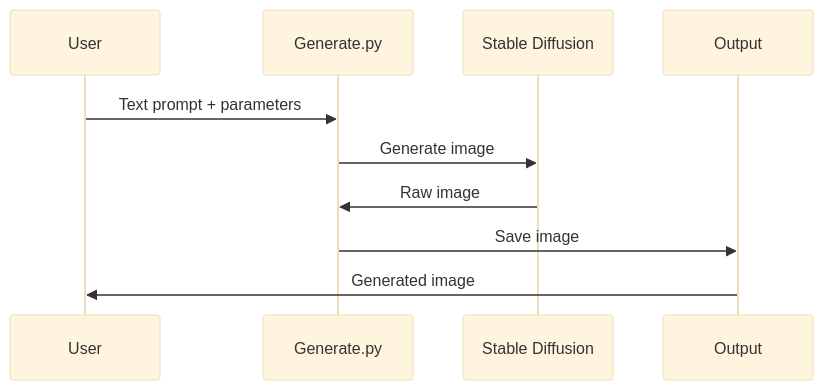
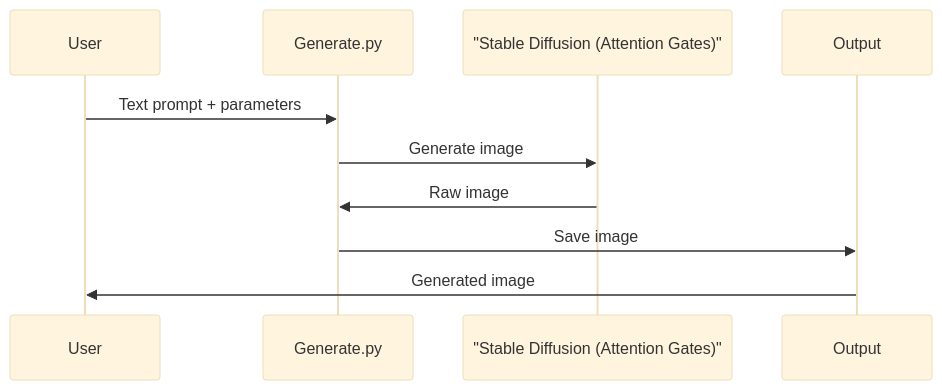
Before and after one commit to harsh-ps-2003/CS787: the fourth of 5 diagrams in README.md, drawn with Mermaid (base theme). The commit also changed other lines of this file and 1 other file, not shown here.

````diff
--- a/README.md
+++ b/README.md
@@ -117,13 +117,13 @@
 ```mermaid
 sequenceDiagram
     participant U as User
     participant G as Generate.py
-    participant SD as Stable Diffusion
+    participant SD as "Stable Diffusion (Attention Gates)"
     participant O as Output
     
     U->>G: Text prompt + parameters
     G->>SD: Generate image
     SD->>G: Raw image
     G->>O: Save image
     O->>U: Generated image
 ```
````
